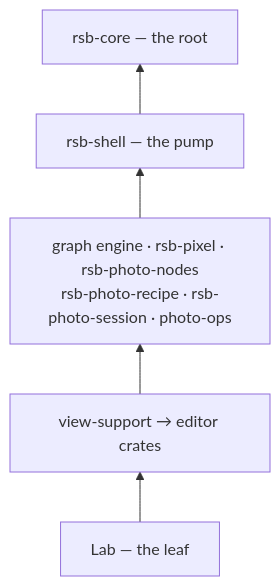
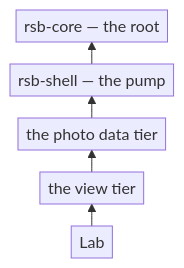
One commit to rsb/rsb changed the diagram in README.md. Above: the diagram before and after it, drawn with Mermaid.

Commit message:
docs: shrink the diagram to single-phrase boxes
The data tier's six-crate box summarizes to "the photo data tier" and
every band reads as one short phrase; an init directive tightens rank
spacing so the spine fits on screen. Same five bands, same direction —
references point up.

````diff
--- a/README.md
+++ b/README.md
@@ -22,7 +22,5 @@
 ```mermaid
+%%{init: {"flowchart": {"rankSpacing": 22, "nodeSpacing": 18, "padding": 4}}}%%
 flowchart BT
-    lab["Lab — the leaf"] --> view
-    view["view-support → editor crates"] --> data
-    data["graph engine · rsb-pixel · rsb-photo-nodes<br/>rsb-photo-recipe · rsb-photo-session · photo-ops"] --> shell
-    shell["rsb-shell — the pump"] --> core["rsb-core — the root"]
+    lab["Lab"] --> views["the view tier"] --> data["the photo data tier"] --> shell["rsb-shell — the pump"] --> core["rsb-core — the root"]
 ```
````
